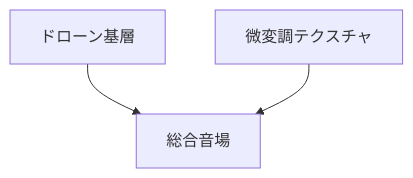
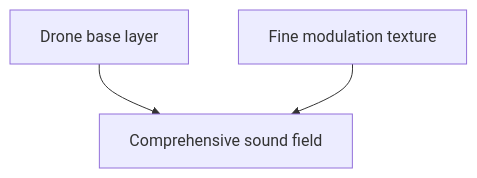
The third of 4 diagrams in en/_posts/2025-12-18-column-ambient-drone-textural-drone.md (monumental-movement/monumental-movement.github.io), drawn with Mermaid before and after one commit. The commit also changed other lines of this file and 801 other files, not shown here.

```diff
--- a/en/_posts/2025-12-18-column-ambient-drone-textural-drone.md
+++ b/en/_posts/2025-12-18-column-ambient-drone-textural-drone.md
@@ -148,5 +148,5 @@
 <div class="mermaid">
 flowchart TB
-    S1["ドローン基層"] --> S3["総合音場"]
-    S2["微変調テクスチャ"] --> S3
+    S1["Drone base layer"] --> S3["Comprehensive sound field"]
+    S2["Fine modulation texture"] --> S3
 </div>
```
